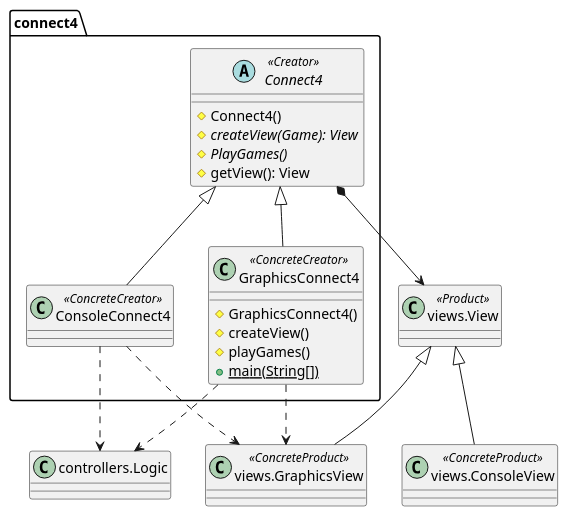
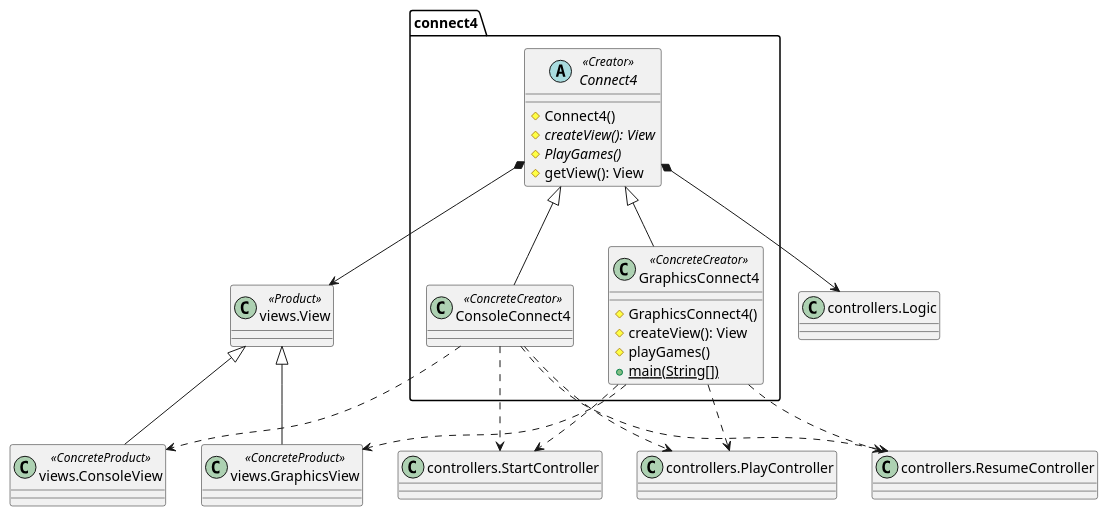
The diagram in connect4/Docs/diagrams/src/packages/connect4.connect4.plantuml (js-rom/connect4), drawn with PlantUML before and after one commit. The commit also changed 5 other files, not shown here.

Commit message:
update documentation after ConsoleView Refactor #4

```diff
--- a/connect4/Docs/diagrams/src/packages/connect4.connect4.plantuml
+++ b/connect4/Docs/diagrams/src/packages/connect4.connect4.plantuml
@@ -1,33 +1,42 @@
 @startuml connect4.connect4
 
 abstract class connect4.Connect4 <<Creator>>
 class connect4.ConsoleConnect4 <<ConcreteCreator>>
 class connect4.GraphicsConnect4 <<ConcreteCreator>>
 class ConsoleView as "views.ConsoleView" <<ConcreteProduct>>
 class GraphicsView as "views.GraphicsView" <<ConcreteProduct>>
 class View as "views.View" <<Product>>
+class Logic as "controllers.Logic"
+class StartController as "controllers.StartController"
+class PlayController as "controllers.PlayController"
+class ResumeController as "controllers.ResumeController"
 
 Connect4 <|-- ConsoleConnect4
 Connect4 <|-- GraphicsConnect4
 Connect4 *--> View
+Connect4 *--> Logic
 
 GraphicsConnect4 ..> GraphicsView
-class Logic as "controllers.Logic"
-GraphicsConnect4 ..> Logic
-ConsoleConnect4 ..> GraphicsView
-ConsoleConnect4 ..> Logic
+ConsoleConnect4 ..> ConsoleView
+
+ConsoleConnect4 ..> StartController
+ConsoleConnect4 ..> PlayController
+ConsoleConnect4 ..> ResumeController
+GraphicsConnect4 ..> StartController
+GraphicsConnect4 ..> PlayController
+GraphicsConnect4 ..> ResumeController
 
 View <|-- ConsoleView
 View <|-- GraphicsView
 
 Connect4 : #Connect4()
-Connect4 : {abstract}#createView(Game): View
+Connect4 : {abstract}#createView(): View
 Connect4 : {abstract}#PlayGames()
 Connect4 : #getView(): View
 
 GraphicsConnect4 : #GraphicsConnect4()
-GraphicsConnect4 : #createView()
+GraphicsConnect4 : #createView(): View
 GraphicsConnect4 : #playGames()
 GraphicsConnect4 : {static}+main(String[])
 
 @enduml
```
